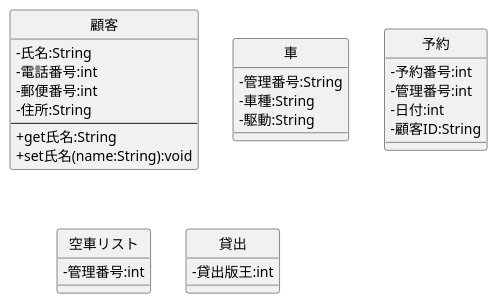
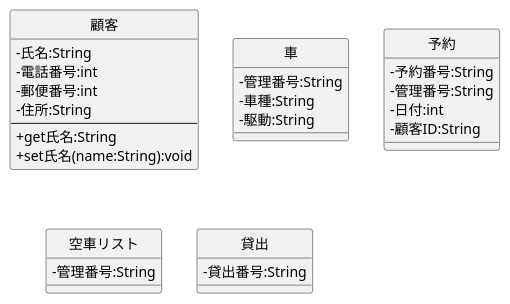
One commit to Takhshi/uml-introduction changed the diagram in 例題3-1_CL_車両貸出システム.pu. Above: the diagram before and after it, drawn with PlantUML.

Commit message:
例題の作成

```diff
--- a/例題3-1_CL_車両貸出システム.pu
+++ b/例題3-1_CL_車両貸出システム.pu
@@ -1,34 +1,34 @@
 @startuml 車両貸出システム
 skinparam classAttributeIconSize 0
 class 顧客 {
     - 氏名:String
     - 電話番号:int
     - 郵便番号:int
     - 住所:String
     ---
     +get氏名:String
     +set氏名(name:String):void
 }
 class 車 {
     - 管理番号:String
     - 車種:String
     - 駆動:String
 }
 class 予約 {
-    - 予約番号:int
-    - 管理番号:int
+    - 予約番号:String
+    - 管理番号:String
     - 日付:int
     - 顧客ID:String
 }
 class 空車リスト {
-    - 管理番号:int
+    - 管理番号:String
 }
 class 貸出 {
-    - 貸出版王:int
+    - 貸出番号:String
 }
 hide 顧客 circle
 hide 車 circle
 hide 予約 circle
 hide 空車リスト circle
 hide 貸出 circle
 @enduml
```
